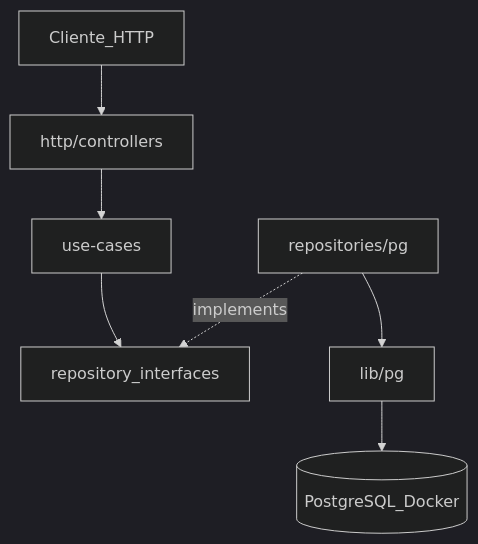
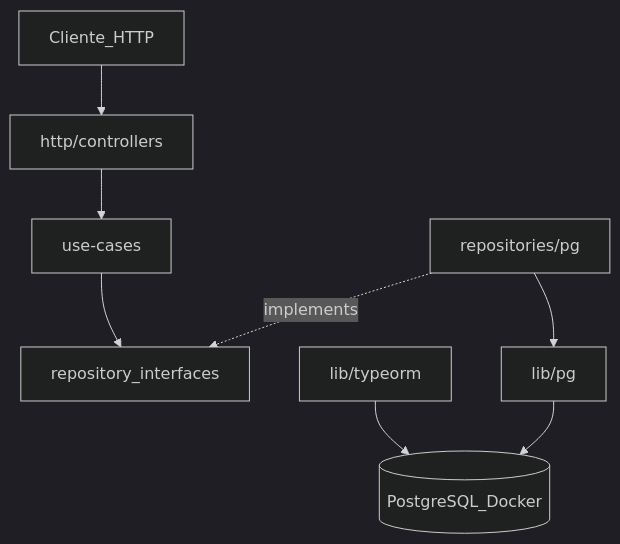
The diagram in README.md (celsottg/pettech), drawn with Mermaid (dark theme) before and after one commit. The commit also changed other lines of this file and 9 other files, not shown here.

````diff
--- a/README.md
+++ b/README.md
@@ -17,17 +18,19 @@
 ```mermaid
 flowchart TB
   client[Cliente_HTTP]
   controllers[http/controllers]
   useCases[use-cases]
   interfaces[repository_interfaces]
   pgImpl[repositories/pg]
-  lib[lib/pg]
+  libPg[lib/pg]
+  typeorm[lib/typeorm]
   db[(PostgreSQL_Docker)]
 
   client --> controllers
   controllers --> useCases
   useCases --> interfaces
   pgImpl -.->|implements| interfaces
-  pgImpl --> lib
-  lib --> db
+  pgImpl --> libPg
+  typeorm --> db
+  libPg --> db
 ```
````
